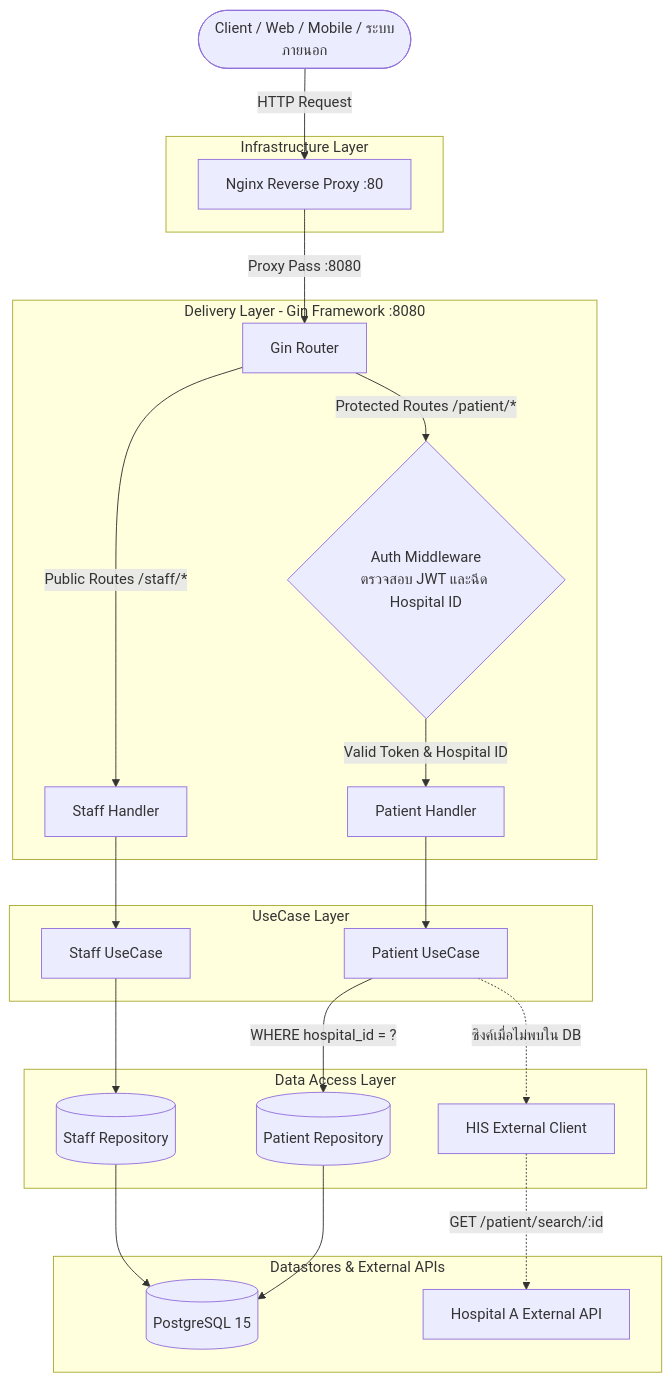
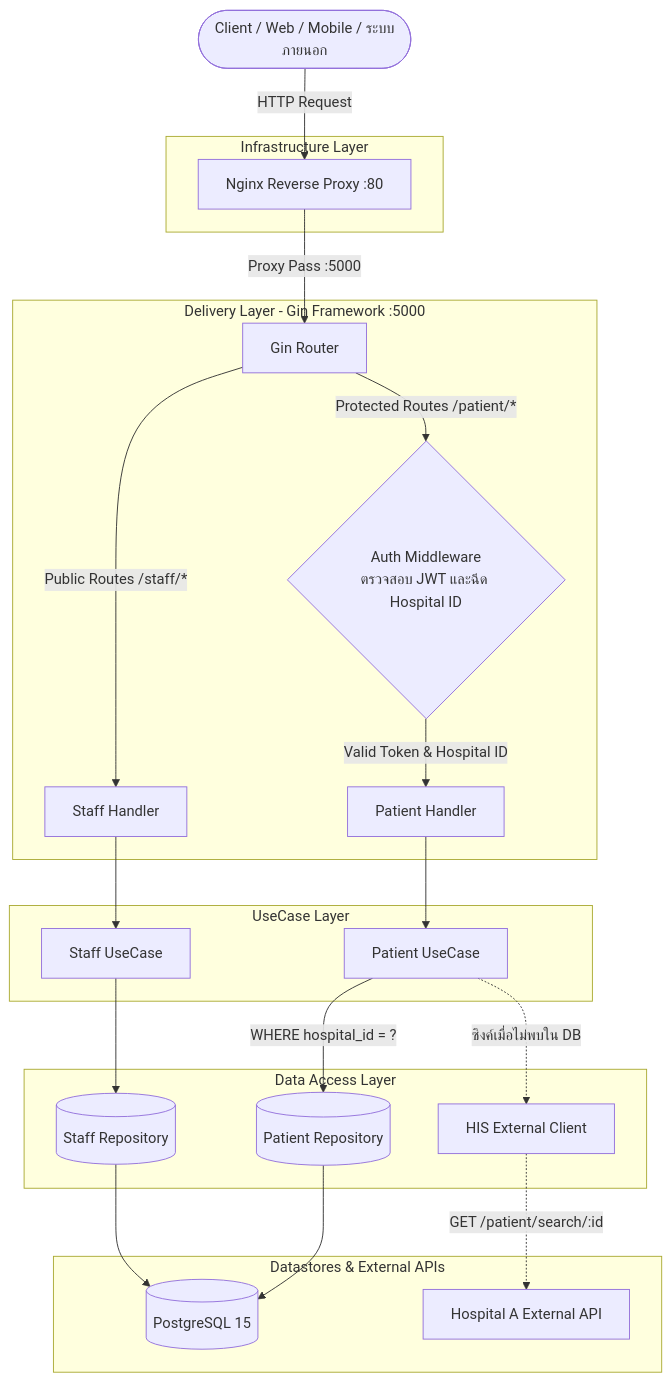
One commit to cherdsak-kh/hospital-middleware-api changed the first of 2 diagrams in docs/deliverables_th.md. Above: the diagram before and after it, drawn with Mermaid. The commit also changed other lines of this file and 11 other files, not shown here.

````diff
--- a/docs/deliverables_th.md
+++ b/docs/deliverables_th.md
@@ -36,49 +36,49 @@
 ```mermaid
 flowchart TD
     Client([Client / Web / Mobile / ระบบภายนอก])
     
     subgraph Infrastructure [Infrastructure Layer]
         Nginx[Nginx Reverse Proxy :80]
     end
 
-    subgraph Delivery [Delivery Layer - Gin Framework :8080]
+    subgraph Delivery [Delivery Layer - Gin Framework :5000]
         Router[Gin Router]
         AuthMiddleware{Auth Middleware<br/>ตรวจสอบ JWT และฉีด Hospital ID}
         StaffHandler[Staff Handler]
         PatientHandler[Patient Handler]
     end
 
     subgraph BusinessLogic [UseCase Layer]
         StaffUseCase[Staff UseCase]
         PatientUseCase[Patient UseCase]
     end
 
     subgraph DataAccess [Data Access Layer]
         StaffRepo[(Staff Repository)]
         PatientRepo[(Patient Repository)]
         HISClient[HIS External Client]
     end
 
     subgraph Storage [Datastores & External APIs]
         Postgres[(PostgreSQL 15)]
         HospitalAAPI[Hospital A External API]
     end
 
     Client -->|HTTP Request| Nginx
-    Nginx -->|Proxy Pass :8080| Router
+    Nginx -->|Proxy Pass :5000| Router
     
     Router -->|Public Routes /staff/*| StaffHandler
     Router -->|Protected Routes /patient/*| AuthMiddleware
     AuthMiddleware -->|Valid Token & Hospital ID| PatientHandler
 
     StaffHandler --> StaffUseCase
     PatientHandler --> PatientUseCase
 
     StaffUseCase --> StaffRepo
     PatientUseCase -->|WHERE hospital_id = ?| PatientRepo
     PatientUseCase -.->|ซิงค์เมื่อไม่พบใน DB| HISClient
 
     StaffRepo --> Postgres
     PatientRepo --> Postgres
     HISClient -.->|GET /patient/search/:id| HospitalAAPI
 ```
````
